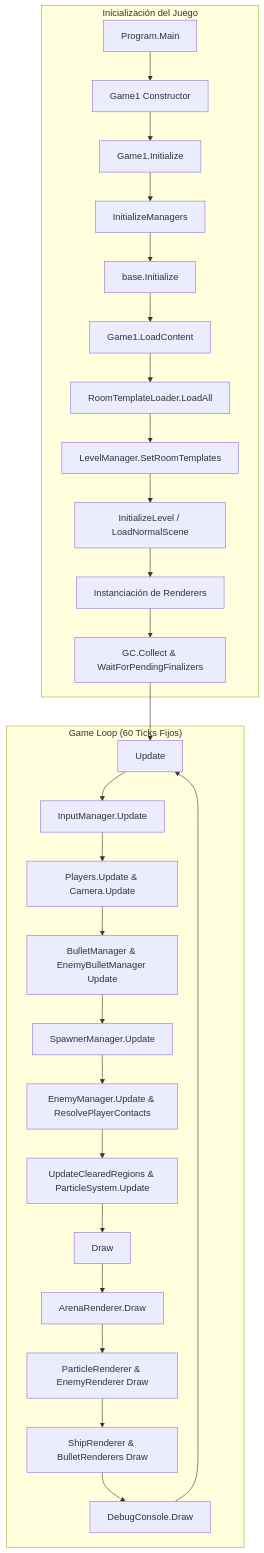
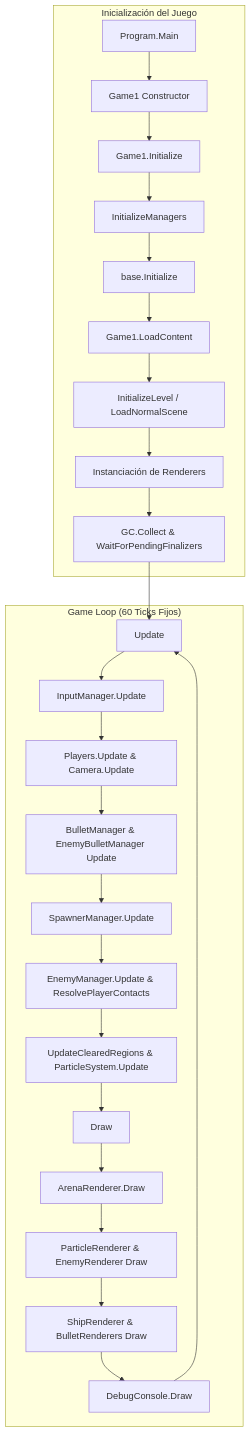
One commit to Gunther-Frager/twin-stick-shooter changed the first of 3 diagrams in docs/ARCHITECTURE.md. Above: the diagram before and after it, drawn with Mermaid. The commit also changed other lines of this file and 22 other files, not shown here.

````diff
--- a/docs/ARCHITECTURE.md
+++ b/docs/ARCHITECTURE.md
@@ -13,31 +13,29 @@
 ```mermaid
 flowchart TD
     subgraph Inicializacion ["Inicialización del Juego"]
         A[Program.Main] --> B[Game1 Constructor]
         B --> C[Game1.Initialize]
         C --> D[InitializeManagers]
         D --> E[base.Initialize]
         E --> F[Game1.LoadContent]
-        F --> F1[RoomTemplateLoader.LoadAll]
-        F1 --> F2[LevelManager.SetRoomTemplates]
-        F2 --> F3[InitializeLevel / LoadNormalScene]
+        F --> F3[InitializeLevel / LoadNormalScene]
         F3 --> F4[Instanciación de Renderers]
         F4 --> F5[GC.Collect & WaitForPendingFinalizers]
     end
 
     subgraph GameLoop ["Game Loop (60 Ticks Fijos)"]
         F5 --> G[Update]
         G --> H1[InputManager.Update]
         H1 --> H2[Players.Update & Camera.Update]
         H2 --> H3[BulletManager & EnemyBulletManager Update]
         H3 --> H4[SpawnerManager.Update]
         H4 --> H5[EnemyManager.Update & ResolvePlayerContacts]
         H5 --> H6[UpdateClearedRegions & ParticleSystem.Update]
         H6 --> I[Draw]
         I --> J1[ArenaRenderer.Draw]
         J1 --> J2[ParticleRenderer & EnemyRenderer Draw]
         J2 --> J3[ShipRenderer & BulletRenderers Draw]
         J3 --> J4[DebugConsole.Draw]
         J4 --> G
     end
 ```
````
